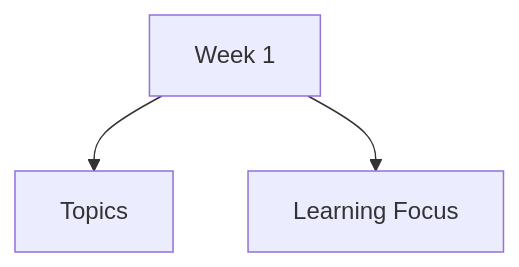
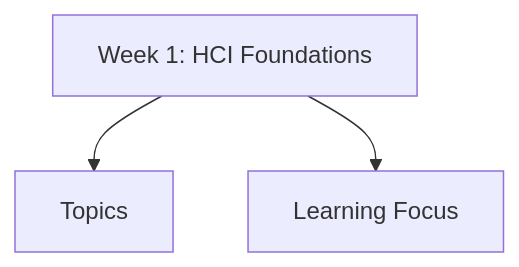
Before and after one commit to abdulahshoaib/ahci: the diagram in content/docs/week-1/_index.md, drawn with Mermaid. The commit also changed other lines of this file and 10 other files, not shown here.

````diff
--- a/content/docs/week-1/_index.md
+++ b/content/docs/week-1/_index.md
@@ -11,6 +12,6 @@
 ```mermaid
 flowchart TD
-    T["Week 1"]
+    T["Week 1: HCI Foundations"]
     T --> S1["Topics"]
     T --> S2["Learning Focus"]
 ```
````
